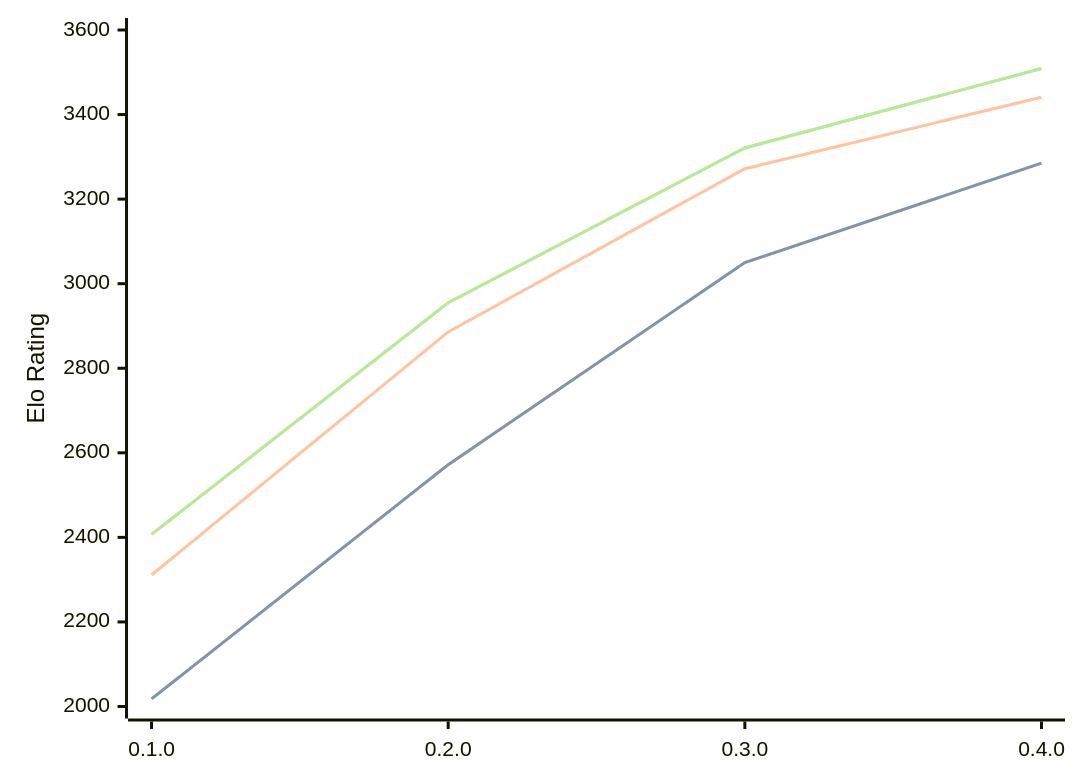
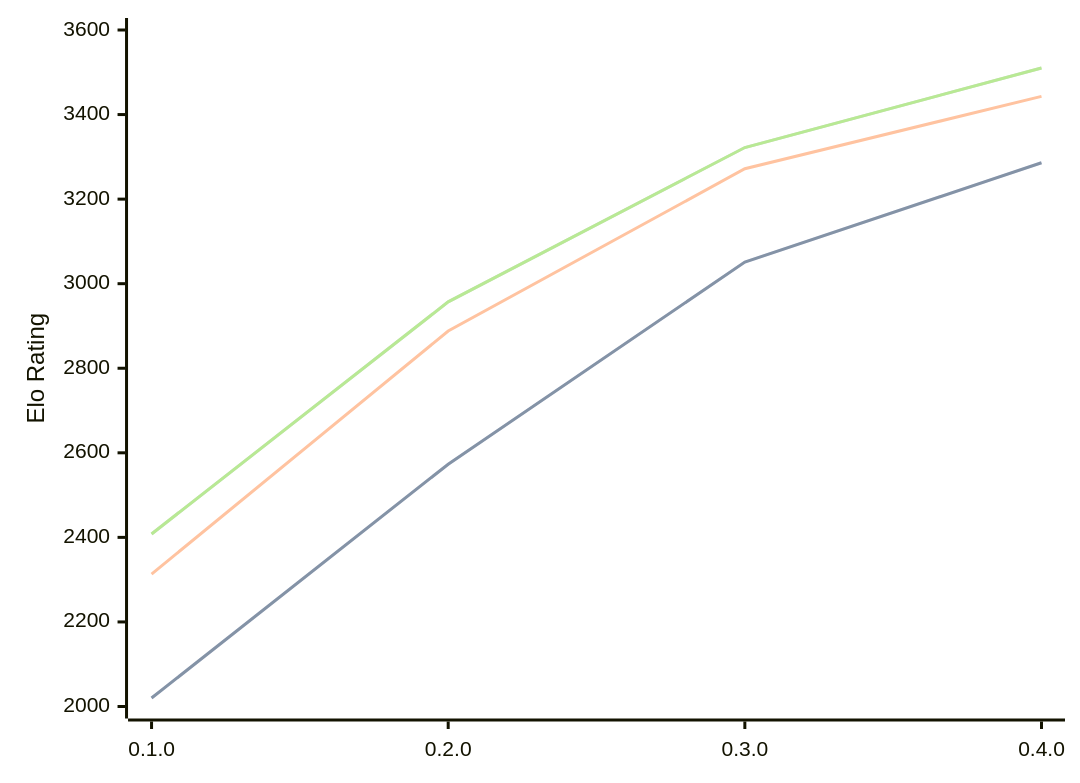
Before and after one commit to computer-chess-index/cci: the diagram in engines/Justbot.md, drawn with Mermaid. The commit also changed other lines of this file, not shown here.

Commit message:
Update CCI Ratings (ELO VLTC) - 2026-08-26

````diff
--- a/engines/Justbot.md
+++ b/engines/Justbot.md
@@ -34,11 +34,11 @@
 ```mermaid
 %%{init: {"theme":"base","themeVariables":{"seriesColors:['#a3a3a3','#222221','#faa371']}}}%%
 xychart-beta
   x-axis ["0.1.0", "0.2.0", "0.3.0", "0.4.0"]
   y-axis "Elo Rating" 2000 --> 3600
-  line "STC (8.0+0.08s)" [2018, 2572, 3050, 3285]
-  line "STC (8.0+0.08s)" [2018, 2572, 3050, 3285]
-  line "LTC (60.0+0.60s)" [2311, 2886, 3272, 3441]
-  line "VLTC (2m24s+1.12s)" [2407, 2955, 3321, 3509]
-  line "VLTC (2m24s+1.12s)" [2407, 2955, 3321, 3509]
+  line "STC (8.0+0.08s)" [2020, 2573, 3051, 3286]
+  line "STC (8.0+0.08s)" [2020, 2573, 3051, 3286]
+  line "LTC (60.0+0.60s)" [2313, 2888, 3272, 3443]
+  line "VLTC (2m24s+1.12s)" [2408, 2957, 3322, 3510]
+  line "VLTC (2m24s+1.12s)" [2408, 2957, 3322, 3510]
 ```
````
